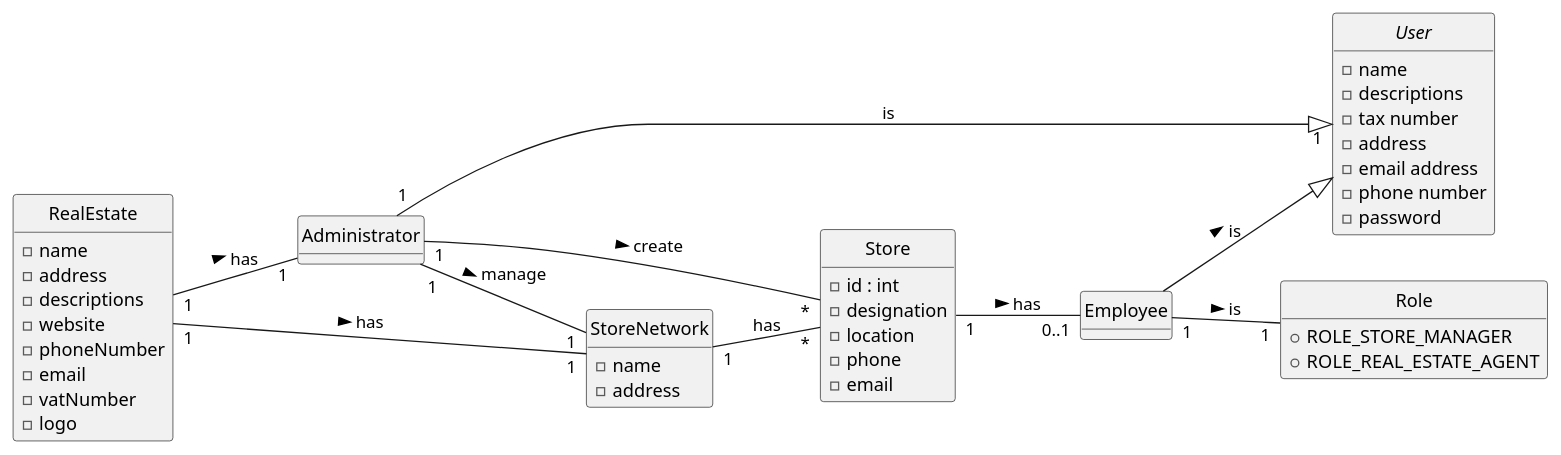
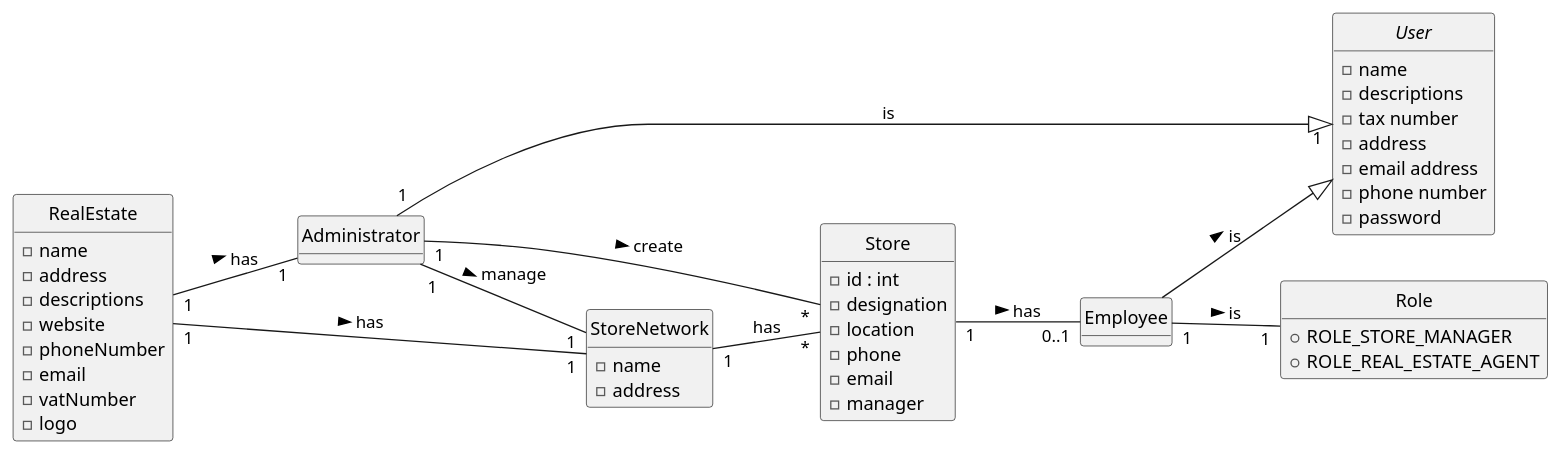
The diagram in lei-22-s2-1do-g68/docs/sprintA/us005/02.analysis/puml/us005-DomainModel.puml (hugosilva2901/lei-22-s2-1DO-g68), drawn with PlantUML before and after one commit. The commit also changed 2 other files, not shown here.

```diff
--- a/lei-22-s2-1do-g68/docs/sprintA/us005/02.analysis/puml/us005-DomainModel.puml
+++ b/lei-22-s2-1do-g68/docs/sprintA/us005/02.analysis/puml/us005-DomainModel.puml
@@ -1,63 +1,64 @@
 @startuml
 skinparam monochrome true
 skinparam packageStyle rectangle
 skinparam shadowing false
 
 left to right direction
 
 
 hide circle
 hide methods
 
 class RealEstate{
    - name
    - address
    - descriptions
    - website
    - phoneNumber
    - email
    - vatNumber
    - logo
 
 }
 abstract class User{
    - name
    - descriptions
   -  tax number
   -  address
   -  email address
   -  phone number
   -  password
 }
 class StoreNetwork{
     - name
     - address
 }
 
 class Store {
     - id : int
     - designation
     - location
     - phone
     - email
+    - manager
 }
 class Administrator{
 }
 
 class Employee {
 }
 enum Role{
     + ROLE_STORE_MANAGER
     + ROLE_REAL_ESTATE_AGENT
 }
 StoreNetwork "1"--"*" Store : has
 Store "1"--"0..1" Employee : has  >
 Employee "1"--"1" Role : is >
 Employee --|> User : is >
 
 RealEstate "1"--"1" Administrator:has >
 RealEstate "1"--"1" StoreNetwork :has >
 Administrator "1"--"*" Store : create >
 Administrator "1"--"1" StoreNetwork : manage >
 Administrator "1"-|>"1" User : is
 @enduml
```
